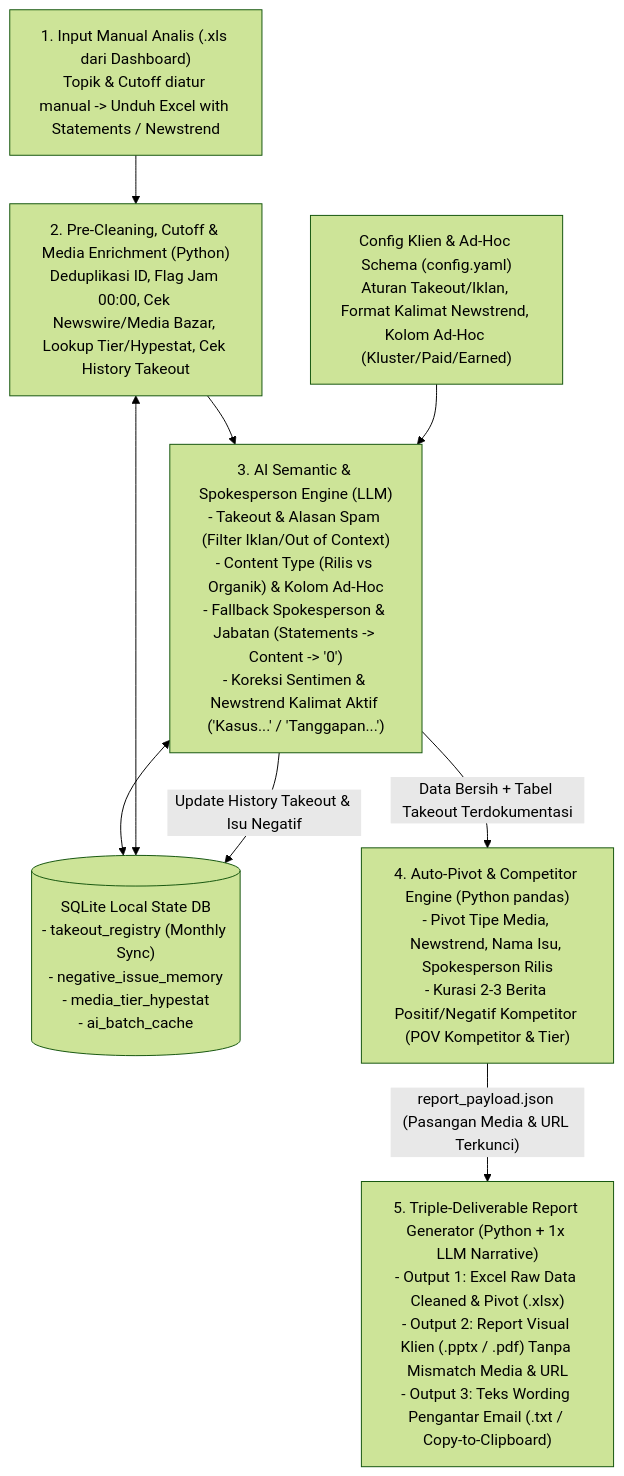
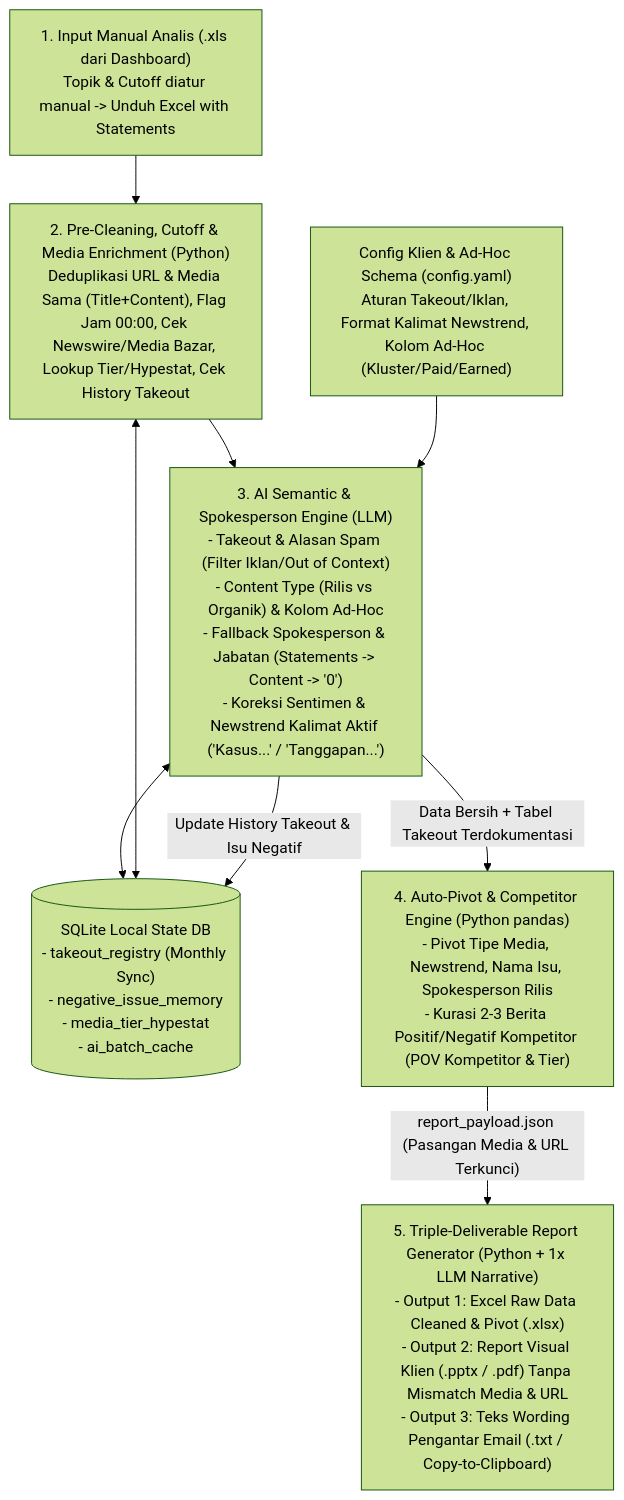
One commit to Rambu464/automation-report changed the second of 2 diagrams in docs/phase-1-requirements/SRS.md. Above: the diagram before and after it, drawn with Mermaid (forest theme). The commit also changed other lines of this file and 3 other files, not shown here.

````diff
--- a/docs/phase-1-requirements/SRS.md
+++ b/docs/phase-1-requirements/SRS.md
@@ -110,15 +110,15 @@
 ```mermaid
 flowchart TD
-    ManualDownload["1. Input Manual Analis (.xls dari Dashboard)<br/>Topik & Cutoff diatur manual -> Unduh Excel with Statements / Newstrend"] --> PreClean["2. Pre-Cleaning, Cutoff & Media Enrichment (Python)<br/>Deduplikasi ID, Flag Jam 00:00, Cek Newswire/Media Bazar, Lookup Tier/Hypestat, Cek History Takeout"]
+    ManualDownload["1. Input Manual Analis (.xls dari Dashboard)<br/>Topik & Cutoff diatur manual -> Unduh Excel with Statements"] --> PreClean["2. Pre-Cleaning, Cutoff & Media Enrichment (Python)<br/>Deduplikasi URL & Media Sama (Title+Content), Flag Jam 00:00, Cek Newswire/Media Bazar, Lookup Tier/Hypestat, Cek History Takeout"]
 
     SQLiteDB[("SQLite Local State DB<br/>- takeout_registry (Monthly Sync)<br/>- negative_issue_memory<br/>- media_tier_hypestat<br/>- ai_batch_cache")] <--> PreClean
     ConfigKlien["Config Klien & Ad-Hoc Schema (config.yaml)<br/>Aturan Takeout/Iklan, Format Kalimat Newstrend, Kolom Ad-Hoc (Kluster/Paid/Earned)"] --> AI_Engine
 
     PreClean --> AI_Engine["3. AI Semantic & Spokesperson Engine (LLM)<br/>- Takeout & Alasan Spam (Filter Iklan/Out of Context)<br/>- Content Type (Rilis vs Organik) & Kolom Ad-Hoc<br/>- Fallback Spokesperson & Jabatan (Statements -> Content -> '0')<br/>- Koreksi Sentimen & Newstrend Kalimat Aktif ('Kasus...' / 'Tanggapan...')"]
     SQLiteDB <--> AI_Engine
 
     AI_Engine -->|"Update History Takeout & Isu Negatif"| SQLiteDB
     AI_Engine -->|"Data Bersih + Tabel Takeout Terdokumentasi"| AutoPivot["4. Auto-Pivot & Competitor Engine (Python pandas)<br/>- Pivot Tipe Media, Newstrend, Nama Isu, Spokesperson Rilis<br/>- Kurasi 2-3 Berita Positif/Negatif Kompetitor (POV Kompetitor & Tier)"]
 
     AutoPivot -->|"report_payload.json (Pasangan Media & URL Terkunci)"| ReportGen["5. Triple-Deliverable Report Generator (Python + 1x LLM Narrative)<br/>- Output 1: Excel Raw Data Cleaned & Pivot (.xlsx)<br/>- Output 2: Report Visual Klien (.pptx / .pdf) Tanpa Mismatch Media & URL<br/>- Output 3: Teks Wording Pengantar Email (.txt / Copy-to-Clipboard)"]
 ```
````
